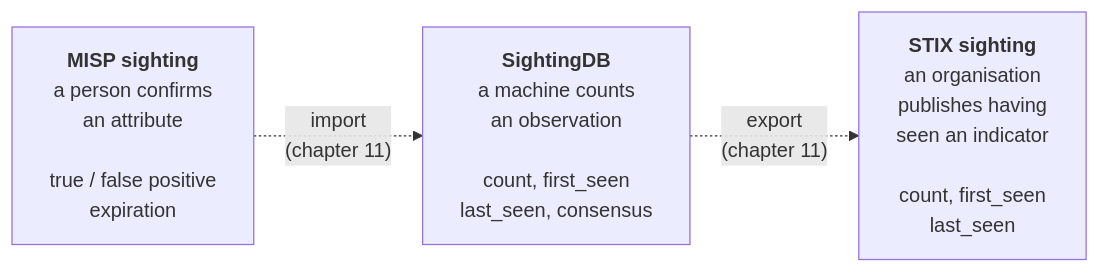
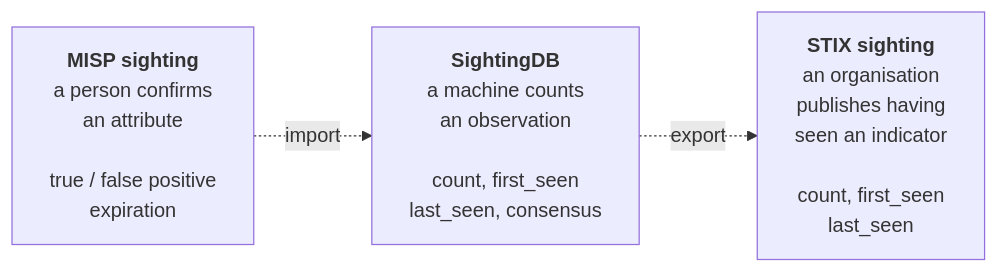
One commit to stricaud/sightingdb changed the second of 3 diagrams in doc/the-sightingdb-book/chapters/01-what-this-is.md. Above: the diagram before and after it, drawn with Mermaid. The commit also changed 3 other files, not shown here.

Commit message:
Tidy the sighting-models diagram; add update-docs.sh

````diff
--- a/doc/the-sightingdb-book/chapters/01-what-this-is.md
+++ b/doc/the-sightingdb-book/chapters/01-what-this-is.md
@@ -126,8 +126,8 @@
 ```mermaid
 flowchart LR
   M["<b>MISP sighting</b><br/>a person confirms<br/>an attribute<br/><br/>true / false positive<br/>expiration"]
   S["<b>SightingDB</b><br/>a machine counts<br/>an observation<br/><br/>count, first_seen<br/>last_seen, consensus"]
   X["<b>STIX sighting</b><br/>an organisation<br/>publishes having<br/>seen an indicator<br/><br/>count, first_seen<br/>last_seen"]
-  M -. "import<br/>(chapter 11)" .-> S
-  S -. "export<br/>(chapter 11)" .-> X
+  M -. "import" .-> S
+  S -. "export" .-> X
 ```
````
